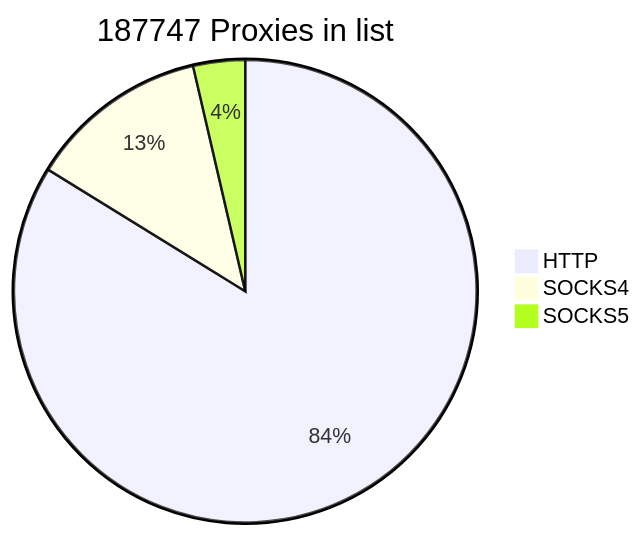
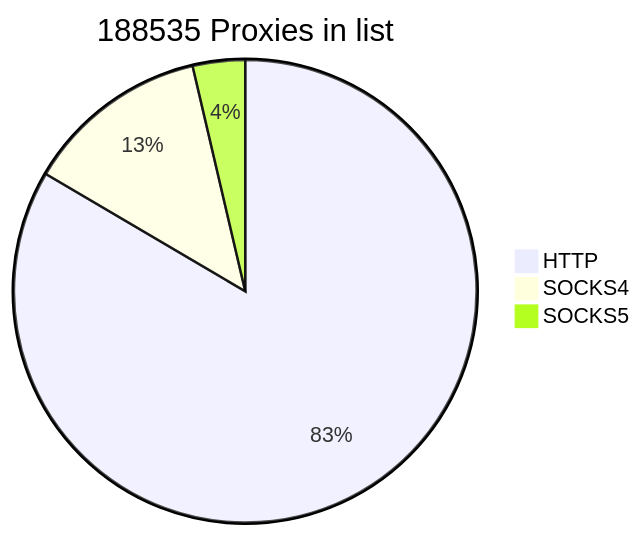
The first of 2 diagrams in README.md (cutipu/proxylist), drawn with Mermaid before and after one commit. The commit also changed other lines of this file, not shown here.

````diff
--- a/README.md
+++ b/README.md
@@ -2,7 +2,7 @@
 ```mermaid
-pie title 187747 Proxies in list
-    "HTTP" : 157330
-    "SOCKS4" : 23609
-    "SOCKS5" : 6808
+pie title 188535 Proxies in list
+    "HTTP" : 157356
+    "SOCKS4" : 24286
+    "SOCKS5" : 6893
             
 ```
````
